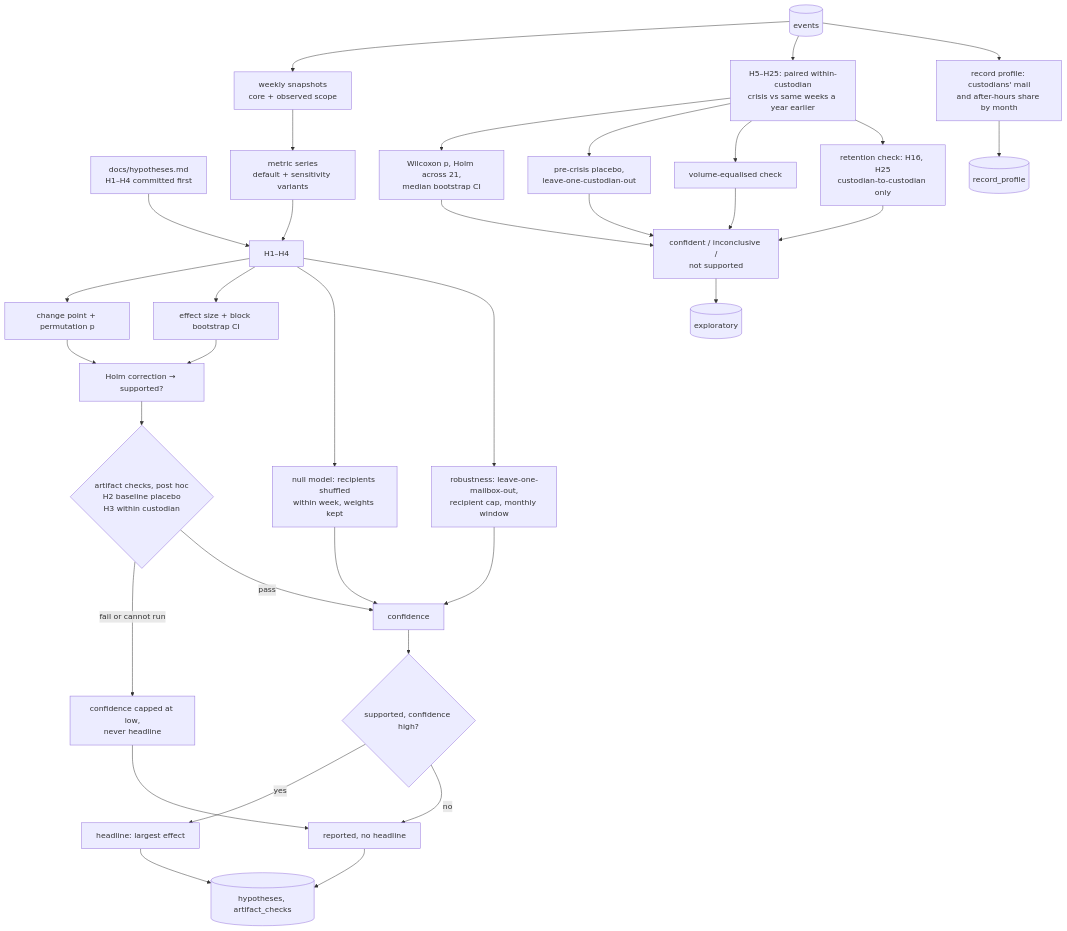
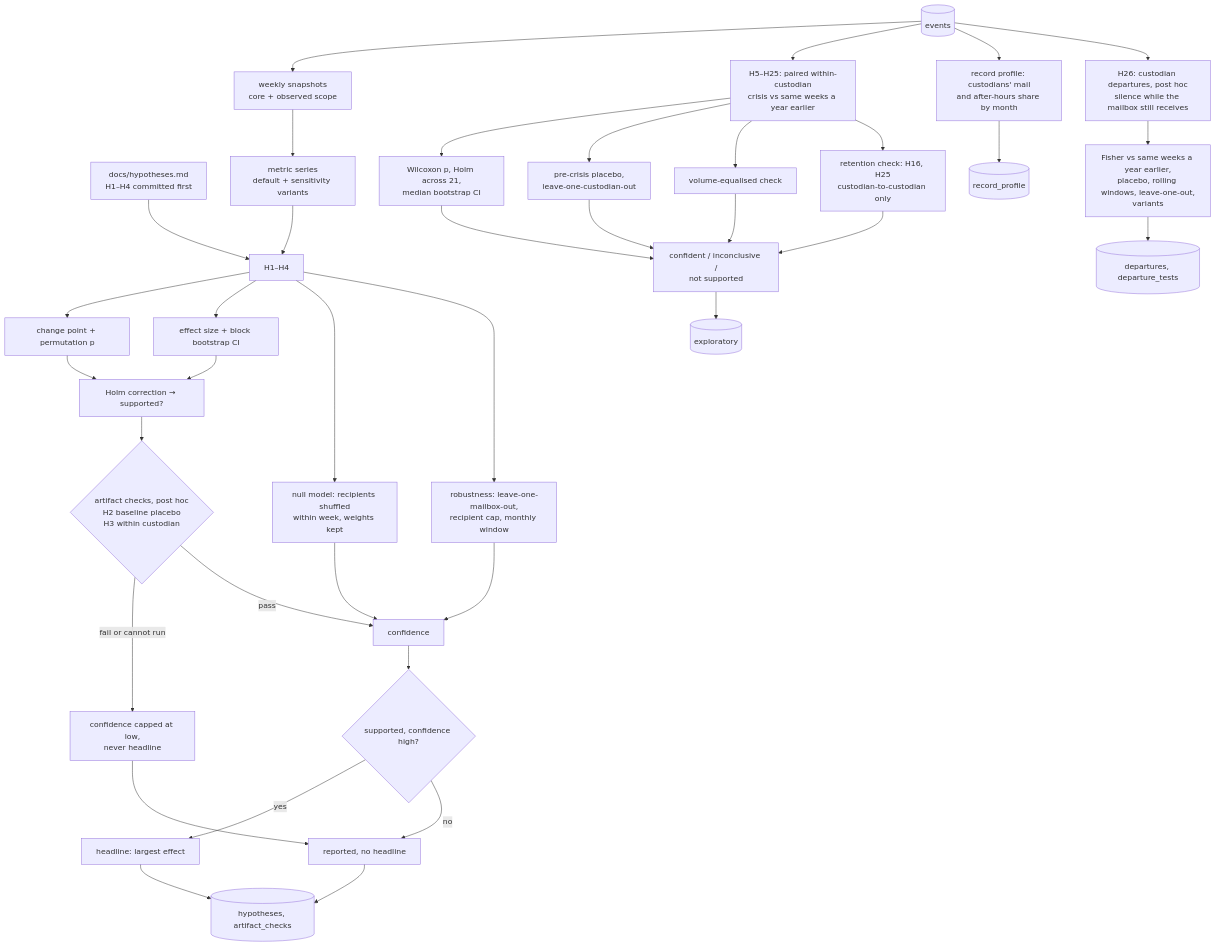
Before and after one commit to marcusvieira88/network-science: the fourth of 6 diagrams in docs/architecture.md, drawn with Mermaid. The commit also changed other lines of this file and 8 other files, not shown here.

````diff
--- a/docs/architecture.md
+++ b/docs/architecture.md
@@ -157,30 +157,33 @@
 ```mermaid
 flowchart TB
     H0[docs/hypotheses.md<br/>H1–H4 committed first] --> RUN
     E[(events)] --> W[weekly snapshots<br/>core + observed scope]
     W --> MS[metric series<br/>default + sensitivity variants]
     MS --> RUN[H1–H4]
     RUN --> CP[change point + permutation p]
     RUN --> ES[effect size + block bootstrap CI]
     RUN --> NM[null model: recipients shuffled<br/>within week, weights kept]
     RUN --> RB[robustness: leave-one-mailbox-out,<br/>recipient cap, monthly window]
     CP & ES --> HC[Holm correction → supported?]
     NM & RB --> CF[confidence]
     HC --> AC{artifact checks, post hoc<br/>H2 baseline placebo<br/>H3 within custodian}
     AC -- fail or cannot run --> LOW[confidence capped at low,<br/>never headline]
     AC -- pass --> CF
     CF --> HL{supported, confidence high?}
     HL -- yes --> F[headline: largest effect]
     HL -- no --> NS[reported, no headline]
     LOW --> NS
     E --> X[H5–H25: paired within-custodian<br/>crisis vs same weeks a year earlier]
     X --> XP[Wilcoxon p, Holm across 21,<br/>median bootstrap CI]
     X --> XPL[pre-crisis placebo,<br/>leave-one-custodian-out]
     X --> XV[volume-equalised check]
     X --> XR[retention check: H16, H25<br/>custodian-to-custodian only]
     XP & XPL & XV & XR --> XO[confident / inconclusive /<br/>not supported]
     F & NS --> T[(hypotheses, artifact_checks)]
     XO --> T2[(exploratory)]
     E --> PR[record profile: custodians' mail<br/>and after-hours share by month]
     PR --> T3[(record_profile)]
+    E --> DP[H26: custodian departures, post hoc<br/>silence while the mailbox still receives]
+    DP --> DT[Fisher vs same weeks a year earlier,<br/>placebo, rolling windows, leave-one-out,<br/>variants]
+    DT --> T4[(departures, departure_tests)]
 ```
````
